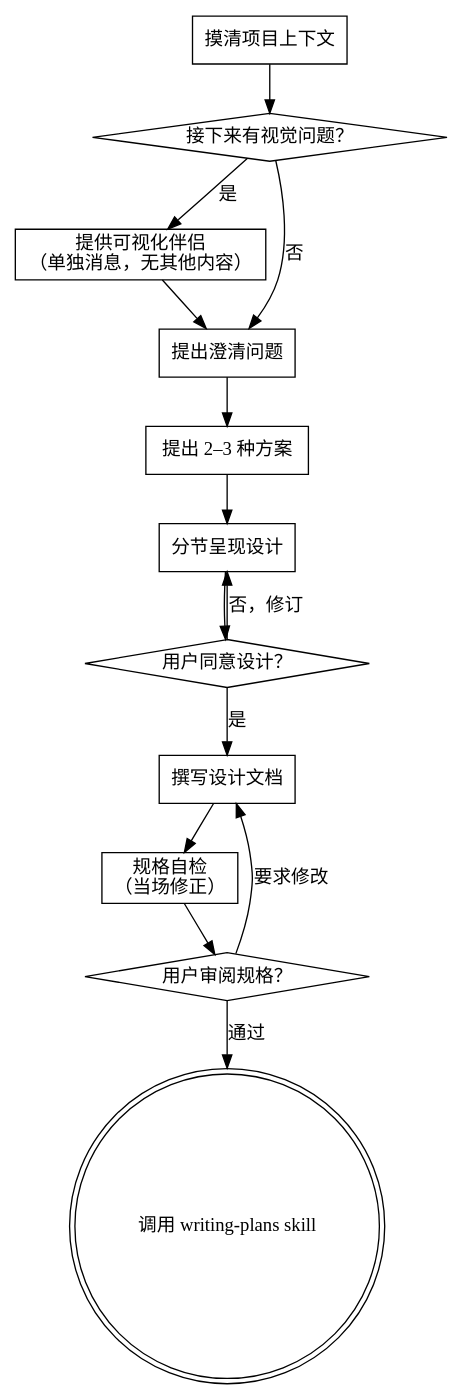
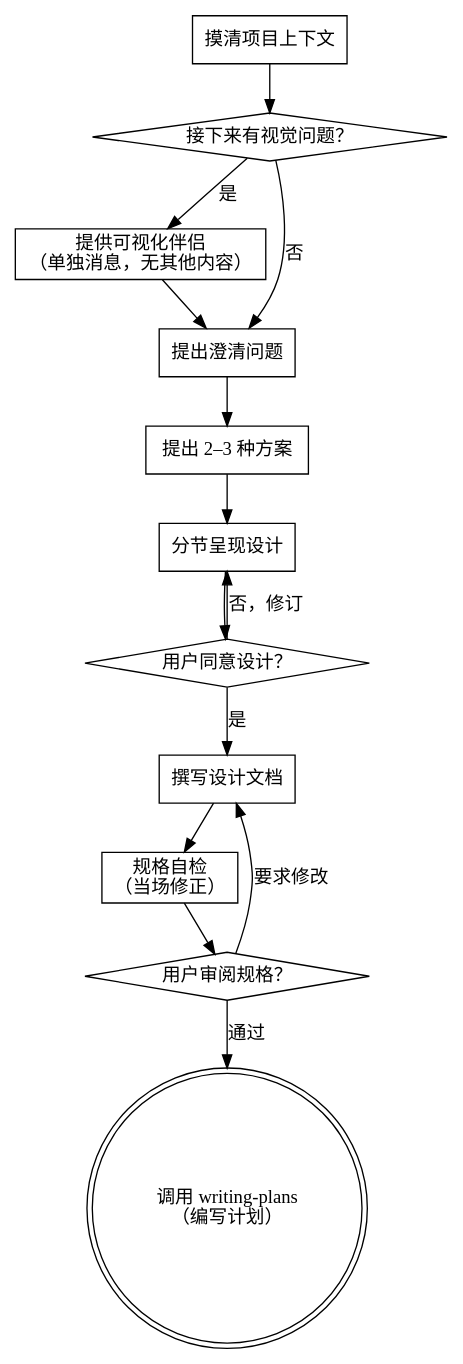
Before and after one commit to RentHubMain/renthub-toolbox: the diagram in .rulesync/skills/renthub-brainstorming/SKILL.md, drawn with Graphviz. The commit also changed other lines of this file and 33 other files, not shown here.

````diff
--- a/.rulesync/skills/renthub-brainstorming/SKILL.md
+++ b/.rulesync/skills/renthub-brainstorming/SKILL.md
@@ -37,29 +37,29 @@
 ```dot
 digraph brainstorming {
     "摸清项目上下文" [shape=box];
     "接下来有视觉问题？" [shape=diamond];
     "提供可视化伴侣\n（单独消息，无其他内容）" [shape=box];
     "提出澄清问题" [shape=box];
     "提出 2–3 种方案" [shape=box];
     "分节呈现设计" [shape=box];
     "用户同意设计？" [shape=diamond];
     "撰写设计文档" [shape=box];
     "规格自检\n（当场修正）" [shape=box];
     "用户审阅规格？" [shape=diamond];
-    "调用 writing-plans skill" [shape=doublecircle];
+    "调用 writing-plans\n（编写计划）" [shape=doublecircle];
 
     "摸清项目上下文" -> "接下来有视觉问题？";
     "接下来有视觉问题？" -> "提供可视化伴侣\n（单独消息，无其他内容）" [label="是"];
     "接下来有视觉问题？" -> "提出澄清问题" [label="否"];
     "提供可视化伴侣\n（单独消息，无其他内容）" -> "提出澄清问题";
     "提出澄清问题" -> "提出 2–3 种方案";
     "提出 2–3 种方案" -> "分节呈现设计";
     "分节呈现设计" -> "用户同意设计？";
     "用户同意设计？" -> "分节呈现设计" [label="否，修订"];
     "用户同意设计？" -> "撰写设计文档" [label="是"];
     "撰写设计文档" -> "规格自检\n（当场修正）";
     "规格自检\n（当场修正）" -> "用户审阅规格？";
     "用户审阅规格？" -> "撰写设计文档" [label="要求修改"];
-    "用户审阅规格？" -> "调用 writing-plans skill" [label="通过"];
+    "用户审阅规格？" -> "调用 writing-plans\n（编写计划）" [label="通过"];
 }
 ```
````
